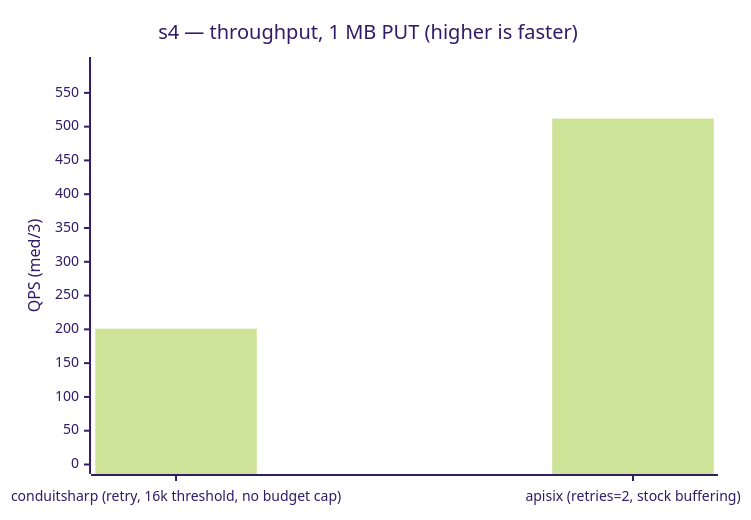
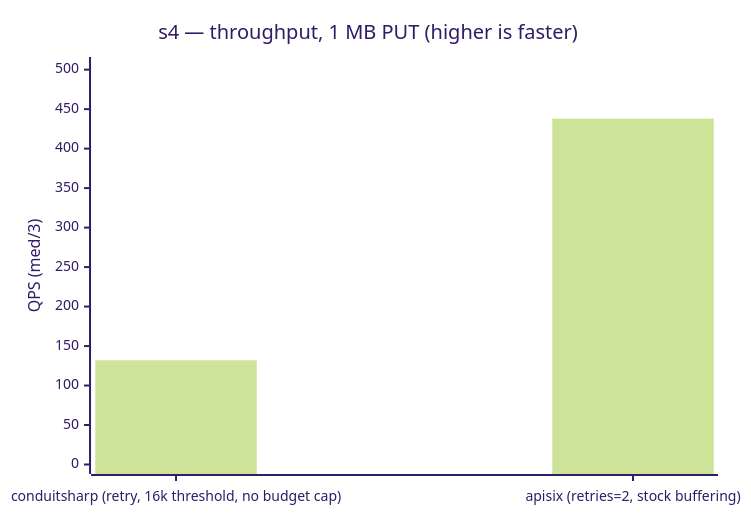
Before and after one commit to liqngliz/ConduitSharp: the first of 2 diagrams in benchmarks/load/README.md, drawn with Mermaid (forest theme). The commit also changed other lines of this file and 1 other file, not shown here.

````diff
--- a/benchmarks/load/README.md
+++ b/benchmarks/load/README.md
@@ -119,7 +119,7 @@
 ```mermaid
 xychart-beta
     title "s4 — throughput, 1 MB PUT (higher is faster)"
     x-axis ["conduitsharp (retry, 16k threshold, no budget cap)", "apisix (retries=2, stock buffering)"]
-    y-axis "QPS (med/3)" 0 --> 589
-    bar [201, 512]
+    y-axis "QPS (med/3)" 0 --> 504
+    bar [132, 438]
 ```
````
